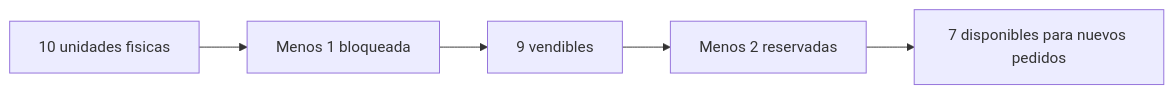
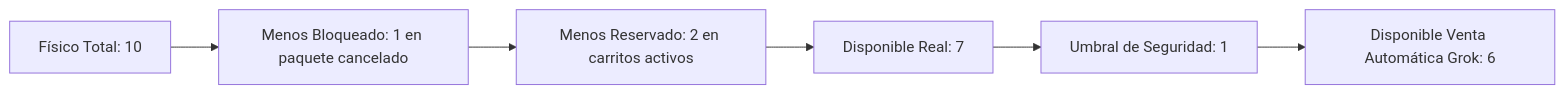
Before and after one commit to JulianCVM/AsisTendero: the first of 2 diagrams in contexto/definiciones/PT-004_BORRADOR.md, drawn with Mermaid. The commit also changed other lines of this file, not shown here.

````diff
--- a/contexto/definiciones/PT-004_BORRADOR.md
+++ b/contexto/definiciones/PT-004_BORRADOR.md
@@ -48,7 +26,8 @@
 ```mermaid
 flowchart LR
-  F[10 unidades fisicas] --> B[Menos 1 bloqueada]
-  B --> V[9 vendibles]
-  V --> R[Menos 2 reservadas]
-  R --> D[7 disponibles para nuevos pedidos]
+    F[Físico Total: 10] --> B[Menos Bloqueado: 1 en paquete cancelado]
+    B --> R[Menos Reservado: 2 en carritos activos]
+    R --> D[Disponible Real: 7]
+    D --> U[Umbral de Seguridad: 1]
+    U --> A[Disponible Venta Automática Grok: 6]
 ```
````
